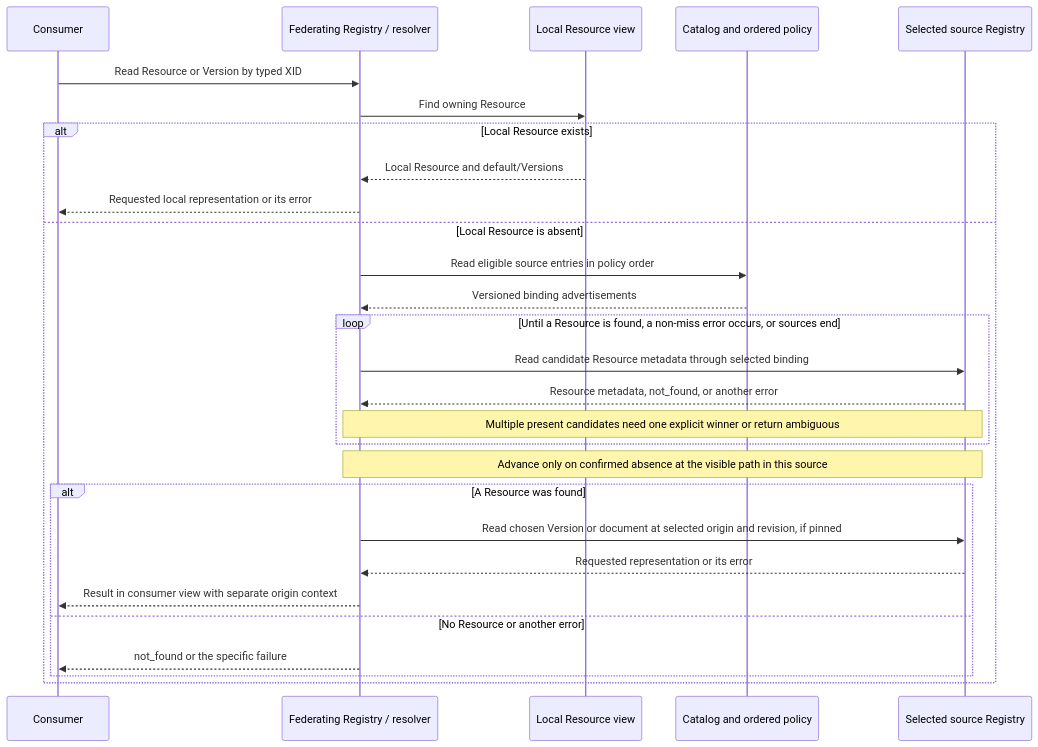
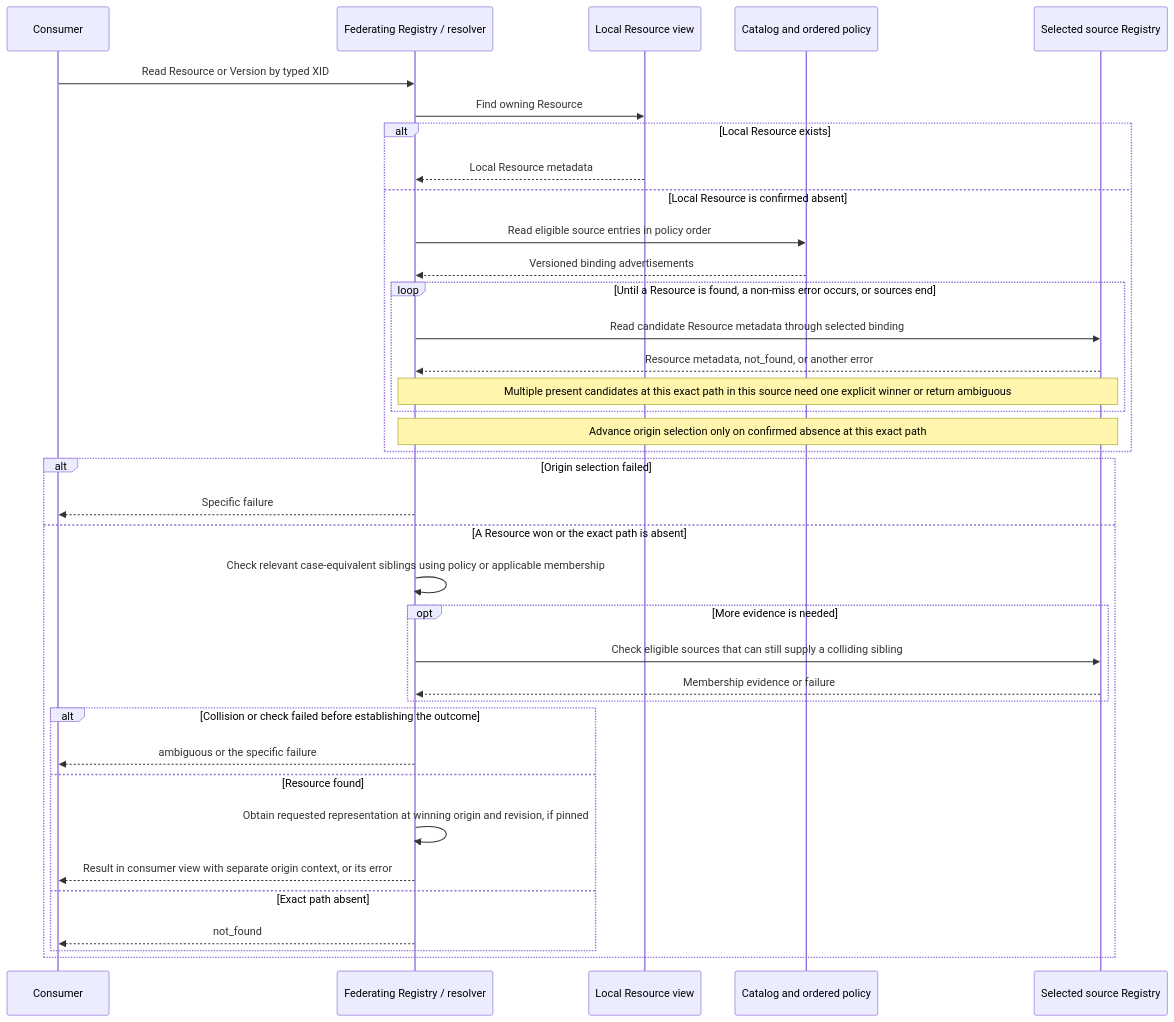
The second of 2 diagrams in workingdrafts/federation/spec.md (xregistry/spec), drawn with Mermaid before and after one commit. The commit also changed other lines of this file and 4 other files, not shown here.

````diff
--- a/workingdrafts/federation/spec.md
+++ b/workingdrafts/federation/spec.md
@@ -472,30 +500,39 @@
 ```mermaid
 sequenceDiagram
     participant C as Consumer
     participant R as Federating Registry / resolver
     participant L as Local Resource view
     participant K as Catalog and ordered policy
     participant S as Selected source Registry
     C->>R: Read Resource or Version by typed XID
     R->>L: Find owning Resource
     alt Local Resource exists
-        L-->>R: Local Resource and default/Versions
-        R-->>C: Requested local representation or its error
-    else Local Resource is absent
+        L-->>R: Local Resource metadata
+    else Local Resource is confirmed absent
         R->>K: Read eligible source entries in policy order
         K-->>R: Versioned binding advertisements
         loop Until a Resource is found, a non-miss error occurs, or sources end
             R->>S: Read candidate Resource metadata through selected binding
             S-->>R: Resource metadata, not_found, or another error
-            Note over R,S: Multiple present candidates need one explicit winner or return ambiguous
+            Note over R,S: Multiple present candidates at this exact path in this source need one explicit winner or return ambiguous
         end
-        Note over R,S: Advance only on confirmed absence at the visible path in this source
-        alt A Resource was found
-            R->>S: Read chosen Version or document at selected origin and revision, if pinned
-            S-->>R: Requested representation or its error
-            R-->>C: Result in consumer view with separate origin context
-        else No Resource or another error
-            R-->>C: not_found or the specific failure
+        Note over R,S: Advance origin selection only on confirmed absence at this exact path
+    end
+    alt Origin selection failed
+        R-->>C: Specific failure
+    else A Resource won or the exact path is absent
+        R->>R: Check relevant case-equivalent siblings using policy or applicable membership
+        opt More evidence is needed
+            R->>S: Check eligible sources that can still supply a colliding sibling
+            S-->>R: Membership evidence or failure
+        end
+        alt Collision or check failed before establishing the outcome
+            R-->>C: ambiguous or the specific failure
+        else Resource found
+            R->>R: Obtain requested representation at winning origin and revision, if pinned
+            R-->>C: Result in consumer view with separate origin context, or its error
+        else Exact path absent
+            R-->>C: not_found
         end
     end
 ```
````
